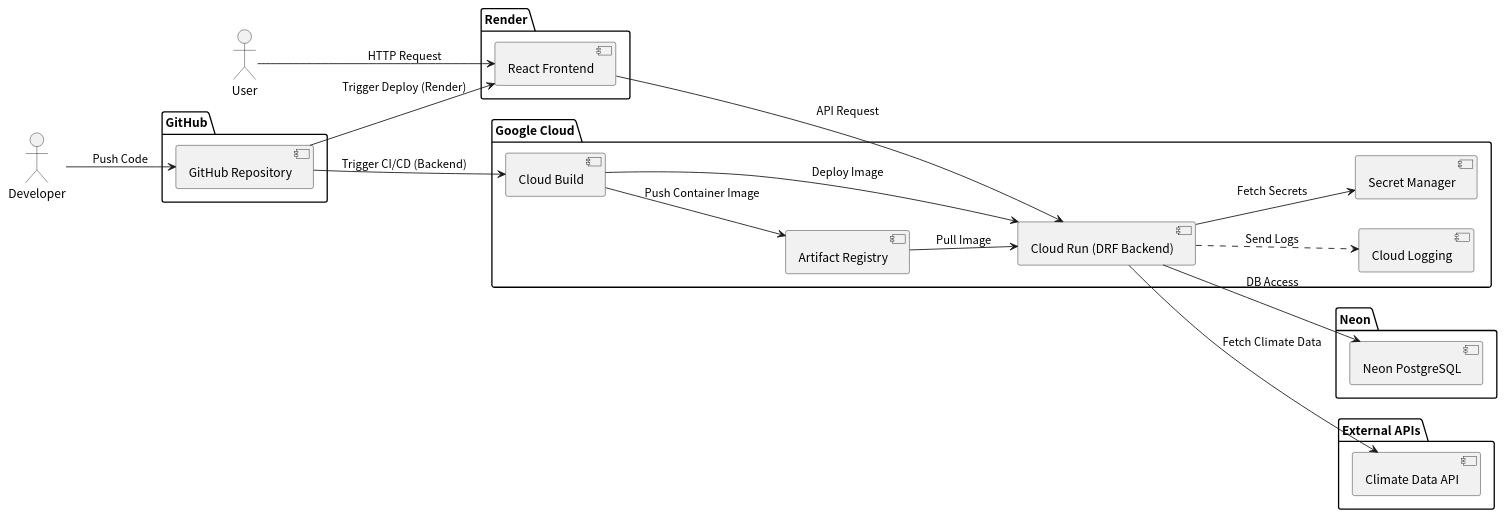
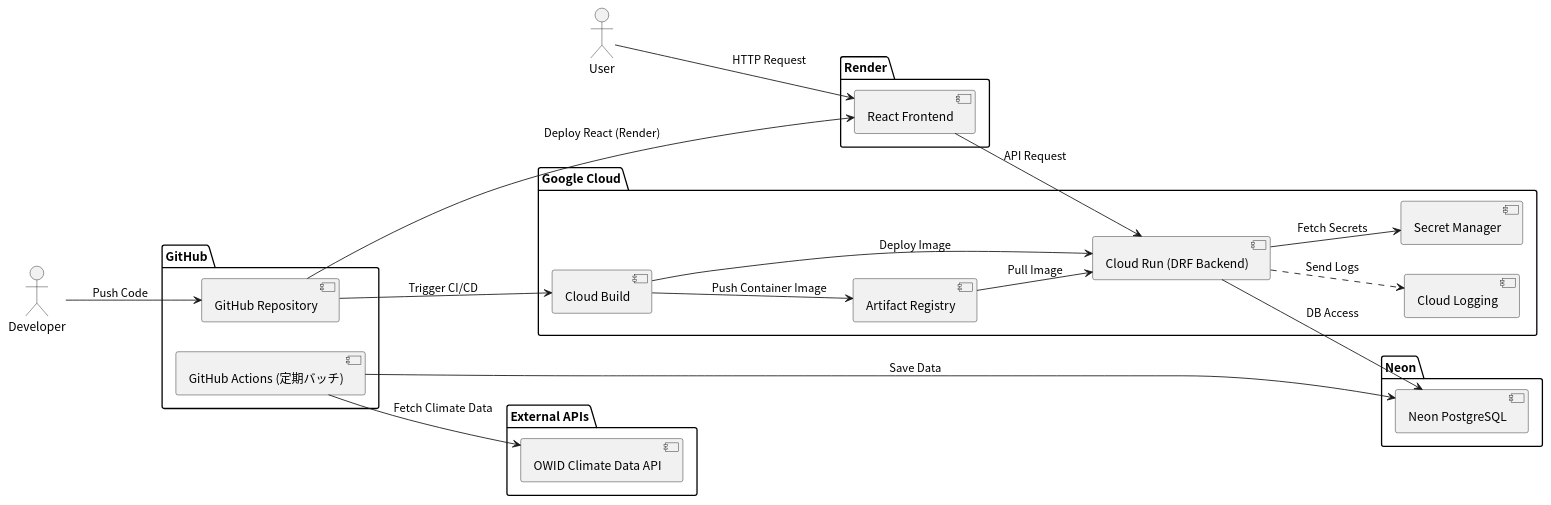
Before and after one commit to tomoki-shiozaki/climate-change-app: the diagram in docs/system_architecture/system_architecture.pu, drawn with PlantUML. The commit also changed 1 other file, not shown here.

Commit message:
docs: add system architecture diagram

```diff
--- a/docs/system_architecture/system_architecture.pu
+++ b/docs/system_architecture/system_architecture.pu
@@ -1,51 +1,55 @@
 @startuml system_architecture
 skinparam defaultFontName "Noto Sans CJK JP"
 left to right direction
 
 actor User
 actor Developer
-
-package "GitHub" {
-  component "GitHub Repository" as GitHubRepo
-}
 
 package "Render" {
   component "React Frontend" as Frontend
 }
 
 package "Google Cloud" {
   component "Cloud Build" as CloudBuild
   component "Artifact Registry" as ArtifactRegistry
   component "Cloud Run (DRF Backend)" as CloudRun
   component "Cloud Logging" as Logging
   component "Secret Manager" as SecretManager
 }
 
 package "Neon" {
   component "Neon PostgreSQL" as NeonPostgreSQL
 }
 
 package "External APIs" {
-  component "Climate Data API" as ClimateAPI
+  component "OWID Climate Data API" as OWIDAPI
+}
+
+package "GitHub" {
+  component "GitHub Repository" as GitHubRepo
+  component "GitHub Actions (定期バッチ)" as GitHubActions
 }
 
 ' 開発からデプロイ
 Developer --> GitHubRepo : Push Code
-GitHubRepo --> CloudBuild : Trigger CI/CD (Backend)
+GitHubRepo --> CloudBuild : Trigger CI/CD
 CloudBuild --> ArtifactRegistry : Push Container Image
 CloudBuild --> CloudRun : Deploy Image
 ArtifactRegistry --> CloudRun : Pull Image
 
-GitHubRepo --> Frontend : Trigger Deploy (Render)
+GitHubRepo --> Frontend : Deploy React (Render)
 
 ' シークレット管理
 CloudRun --> SecretManager : Fetch Secrets
+
+' 定期バッチ（GitHub Actions）
+GitHubActions --> OWIDAPI : Fetch Climate Data
+GitHubActions --> NeonPostgreSQL : Save Data
 
 ' アプリ実行
 User --> Frontend : HTTP Request
 Frontend --> CloudRun : API Request
 CloudRun --> NeonPostgreSQL : DB Access
-CloudRun --> ClimateAPI : Fetch Climate Data
 CloudRun ..> Logging : Send Logs
 
 @enduml
```
